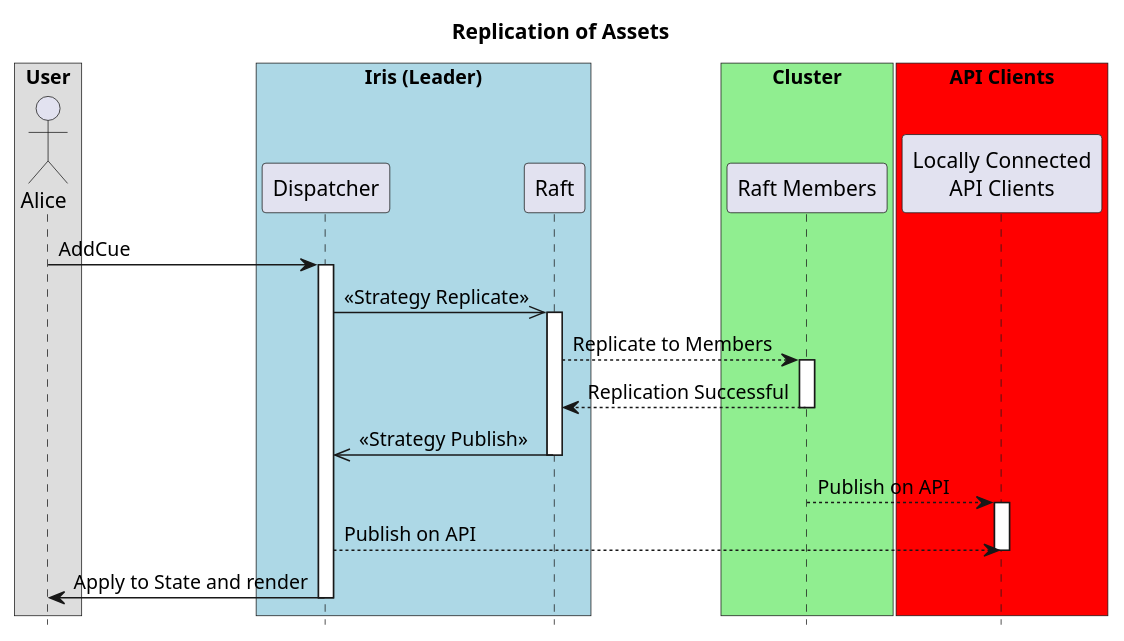
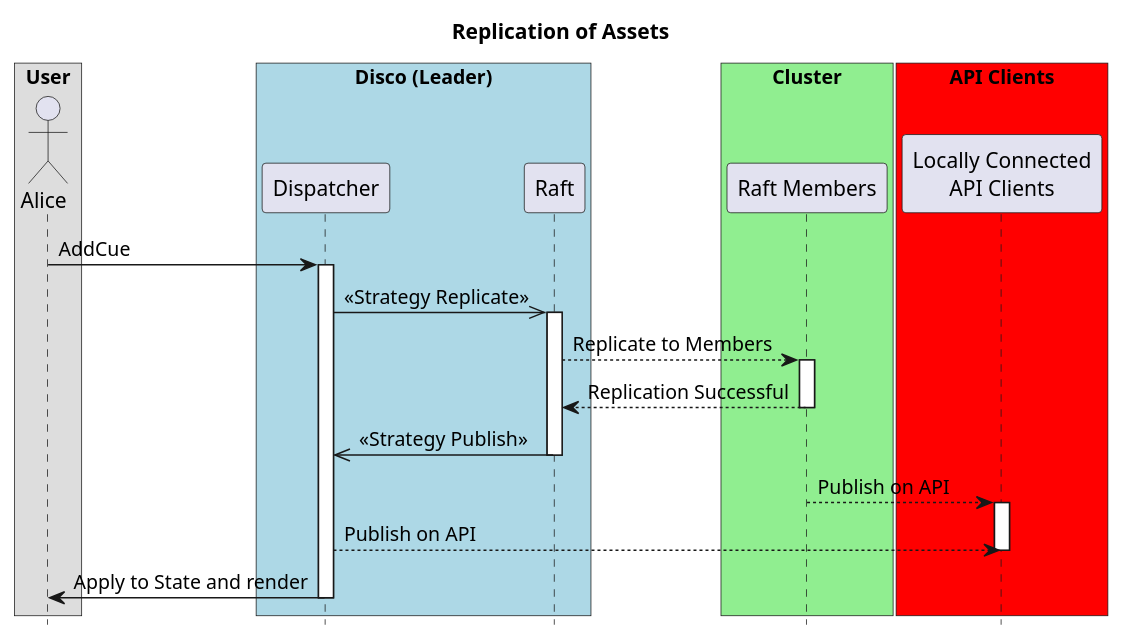
Before and after one commit to dis-co/disco: the first of 5 diagrams in docs/diagrams/events.org, drawn with PlantUML. The commit also changed other lines of this file and 498 other files, not shown here.

```diff
--- a/docs/diagrams/events.org
+++ b/docs/diagrams/events.org
@@ -16,39 +16,39 @@
 #+BEGIN_SRC plantuml :file png/replication_of_assets.png :tangle uml/replication_of_assets.plantuml
 title Replication of Assets
 
 hide footbox
 
 box "User"
     actor "Alice" as C
 end box
 
-box "Iris (Leader)" #Lightblue
+box "Disco (Leader)" #Lightblue
     participant "Dispatcher" as A
     participant "Raft" as B
 end box
 
 box "Cluster" #LightGreen
     participant "Raft Members" as D
 end box
 
 box "API Clients" #red
     participant "Locally Connected\nAPI Clients" as E
 end box
 
 C ->  A: AddCue
 activate A
 A ->> B: << Strategy Replicate >>
 activate B
 B --> D: Replicate to Members
 activate D
 B <-- D: Replication Successful
 deactivate D
 B ->> A: << Strategy Publish >>
 deactivate B
 D --> E: Publish on API
 activate E
 A --> E: Publish on API
 deactivate E
 A ->  C: Apply to State and render
 deactivate A
 #+END_SRC
```
